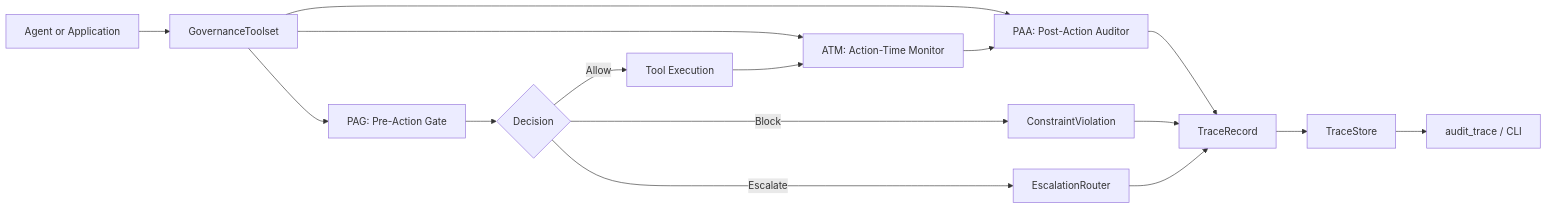
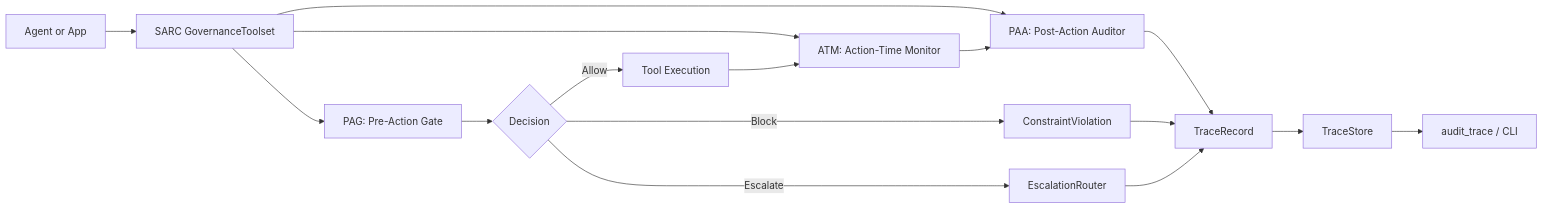
Before and after one commit to besanson/sarc-governance: the first of 3 diagrams in docs/architecture.md, drawn with Mermaid. The commit also changed other lines of this file and 40 other files, not shown here.

````diff
--- a/docs/architecture.md
+++ b/docs/architecture.md
@@ -145,18 +145,21 @@
 ```mermaid
 flowchart LR
-    A[Agent or Application] --> B[GovernanceToolset]
+    A[Agent or App] --> B[SARC GovernanceToolset]
     B --> C[PAG: Pre-Action Gate]
     B --> D[ATM: Action-Time Monitor]
     B --> E[PAA: Post-Action Auditor]
+
     C --> F{Decision}
     F -->|Allow| G[Tool Execution]
     F -->|Block| H[ConstraintViolation]
     F -->|Escalate| I[EscalationRouter]
+
     G --> D
     D --> E
     E --> J[TraceRecord]
     H --> J
     I --> J
+
     J --> K[TraceStore]
     K --> L[audit_trace / CLI]
 ```
````
